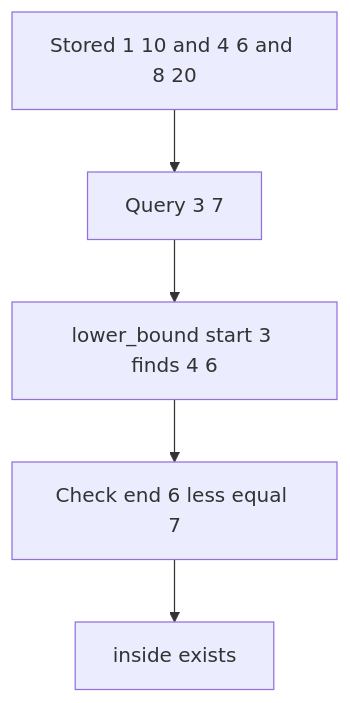
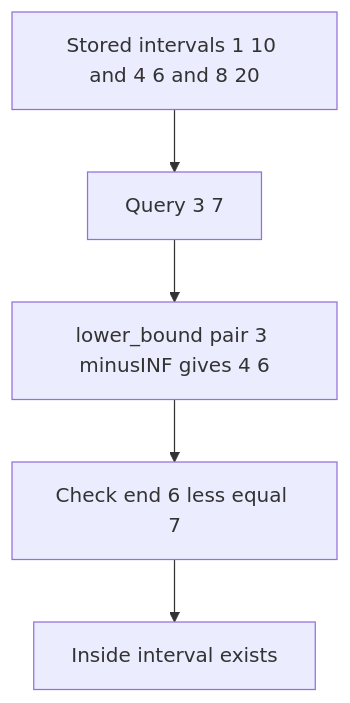
Before and after one commit to mthaiseer/springcloud-systemdesign-notes: diagram 19 of 27 in CP_DSA_NOTES/001_TOPIC_WISE/001_STL_RANGE_QUERY_SWEEPLINE.md, drawn with Mermaid. The commit also changed other lines of this file and 1 other file, not shown here.

````diff
--- a/CP_DSA_NOTES/001_TOPIC_WISE/001_STL_RANGE_QUERY_SWEEPLINE.md
+++ b/CP_DSA_NOTES/001_TOPIC_WISE/001_STL_RANGE_QUERY_SWEEPLINE.md
@@ -1260,7 +1303,7 @@
 ```mermaid
 flowchart TD
-    A["Stored 1 10 and 4 6 and 8 20"] --> B["Query 3 7"]
-    B --> C["lower_bound start 3 finds 4 6"]
+    A["Stored intervals 1 10 and 4 6 and 8 20"] --> B["Query 3 7"]
+    B --> C["lower_bound pair 3 minusINF gives 4 6"]
     C --> D["Check end 6 less equal 7"]
-    D --> E["inside exists"]
+    D --> E["Inside interval exists"]
 ```
````
